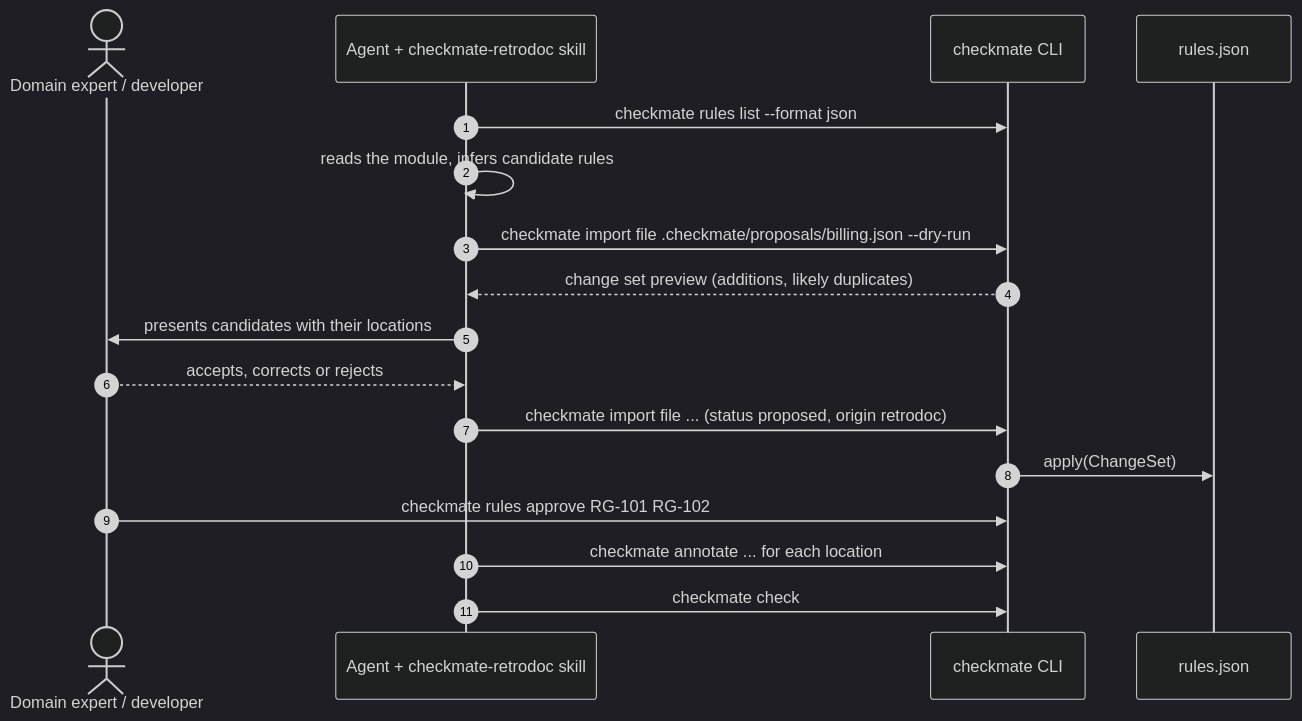
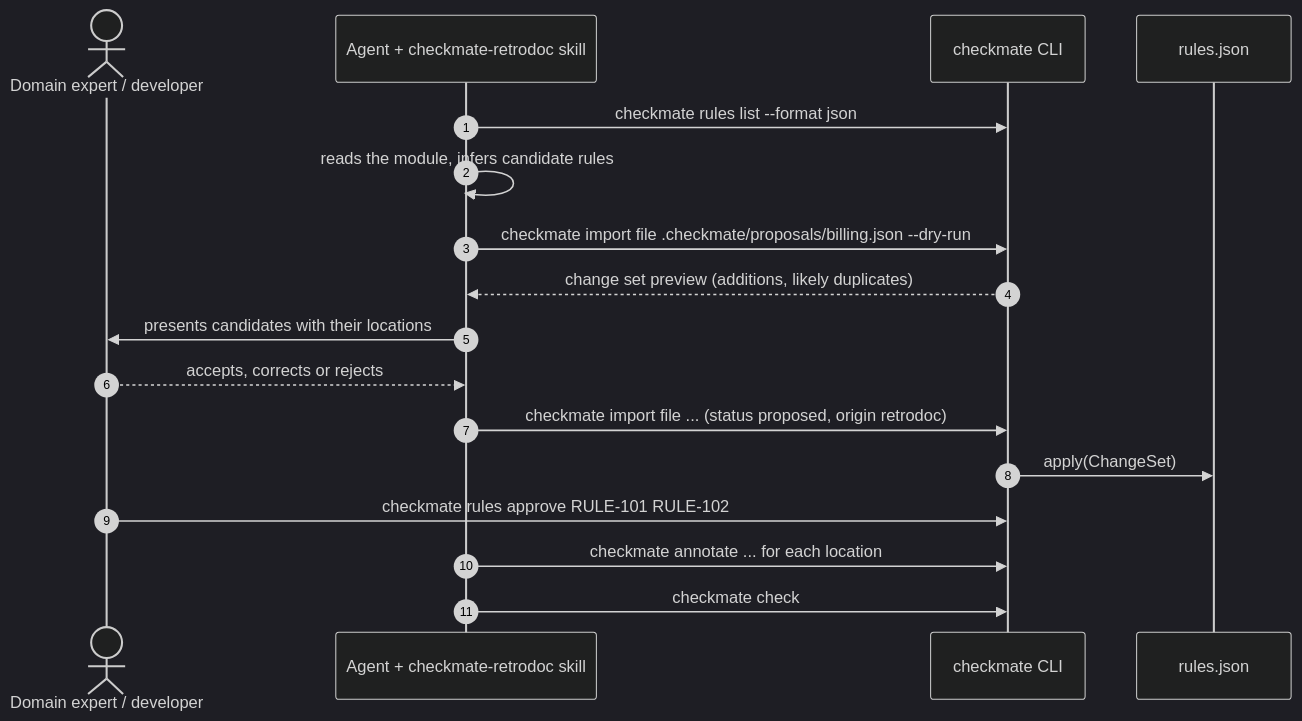
The sixth of 7 diagrams in docs/architecture/00-global-architecture.md (E-Jacques/Rulelink), drawn with Mermaid (dark theme) before and after one commit. The commit also changed other lines of this file and 16 other files, not shown here.

````diff
--- a/docs/architecture/00-global-architecture.md
+++ b/docs/architecture/00-global-architecture.md
@@ -289,20 +289,20 @@
 ```mermaid
 sequenceDiagram
     autonumber
     actor Dev as Domain expert / developer
     participant AG as Agent + checkmate-retrodoc skill
     participant CLI as checkmate CLI
     participant SRC as rules.json
 
     AG->>CLI: checkmate rules list --format json
     AG->>AG: reads the module, infers candidate rules
     AG->>CLI: checkmate import file .checkmate/proposals/billing.json --dry-run
     CLI-->>AG: change set preview (additions, likely duplicates)
     AG->>Dev: presents candidates with their locations
     Dev-->>AG: accepts, corrects or rejects
     AG->>CLI: checkmate import file ... (status proposed, origin retrodoc)
     CLI->>SRC: apply(ChangeSet)
-    Dev->>CLI: checkmate rules approve RG-101 RG-102
+    Dev->>CLI: checkmate rules approve RULE-101 RULE-102
     AG->>CLI: checkmate annotate ... for each location
     AG->>CLI: checkmate check
 ```
````
